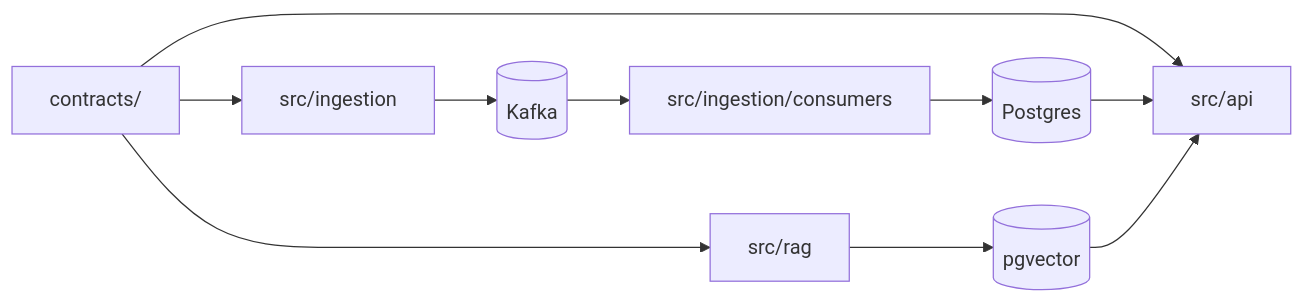
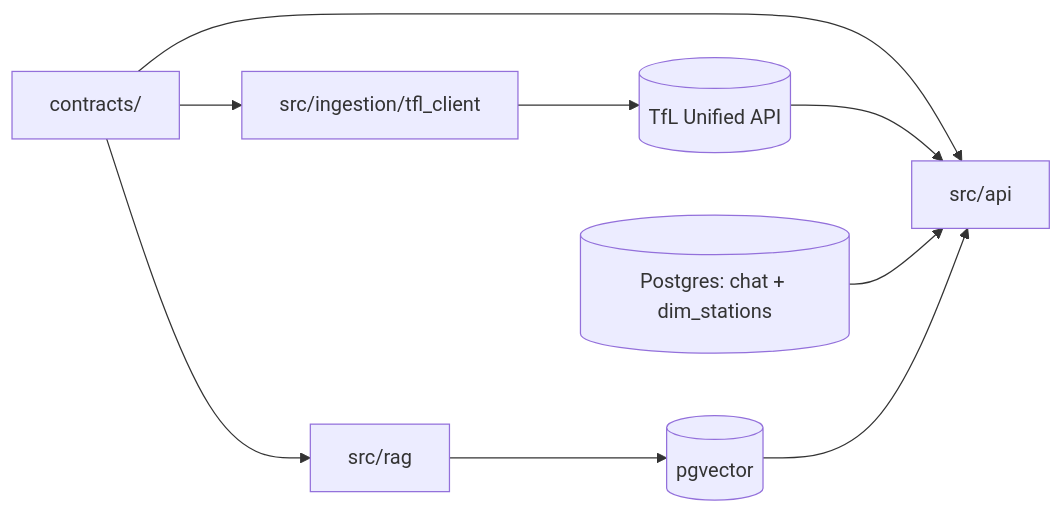
The diagram in src/README.md (hcslomeu/tfl-monitor), drawn with Mermaid before and after one commit. The commit also changed other lines of this file and 95 other files, not shown here.

````diff
--- a/src/README.md
+++ b/src/README.md
@@ -15,12 +15,11 @@
 ```mermaid
 flowchart LR
-    CONTRACTS[contracts/] --> ING[src/ingestion]
-    CONTRACTS --> API[src/api]
+    CONTRACTS[contracts/] --> API[src/api]
     CONTRACTS --> RAG[src/rag]
-    ING --> KAFKA[(Kafka)]
-    KAFKA --> CONS[src/ingestion/consumers]
-    CONS --> PG[(Postgres)]
-    PG --> API
+    CONTRACTS --> TFLC[src/ingestion/tfl_client]
+    TFLC --> TFL[(TfL Unified API)]
+    TFL --> API
+    PG[("Postgres: chat + dim_stations")] --> API
     RAG --> PGVEC[(pgvector)]
     PGVEC --> API
 ```
````
